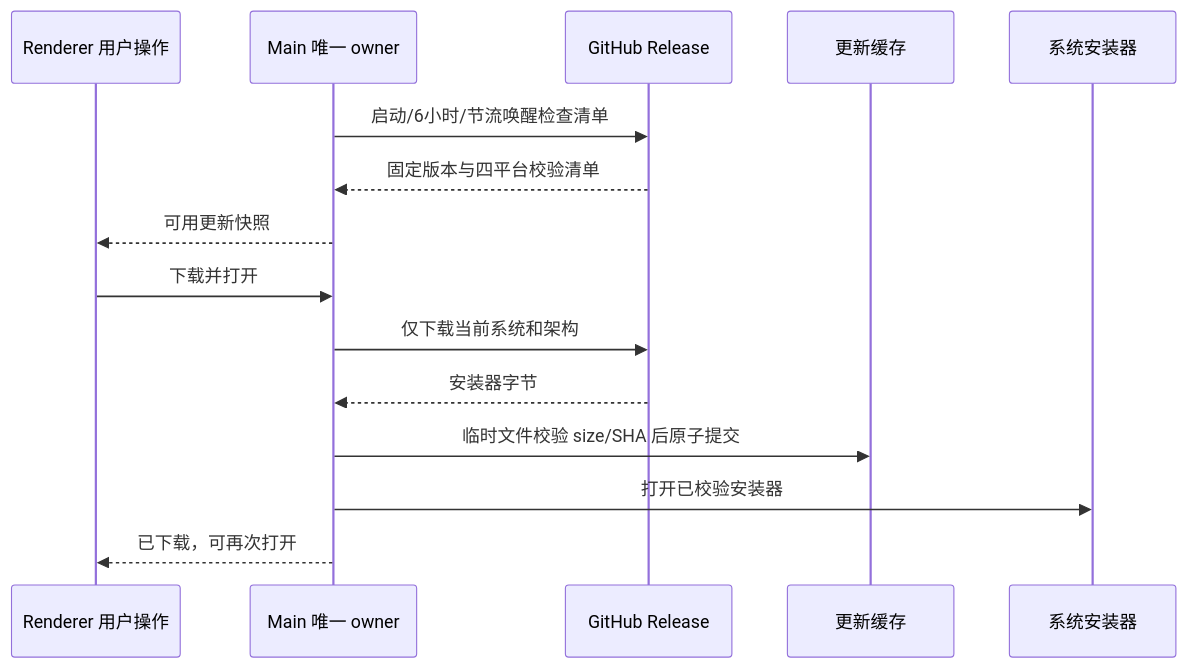
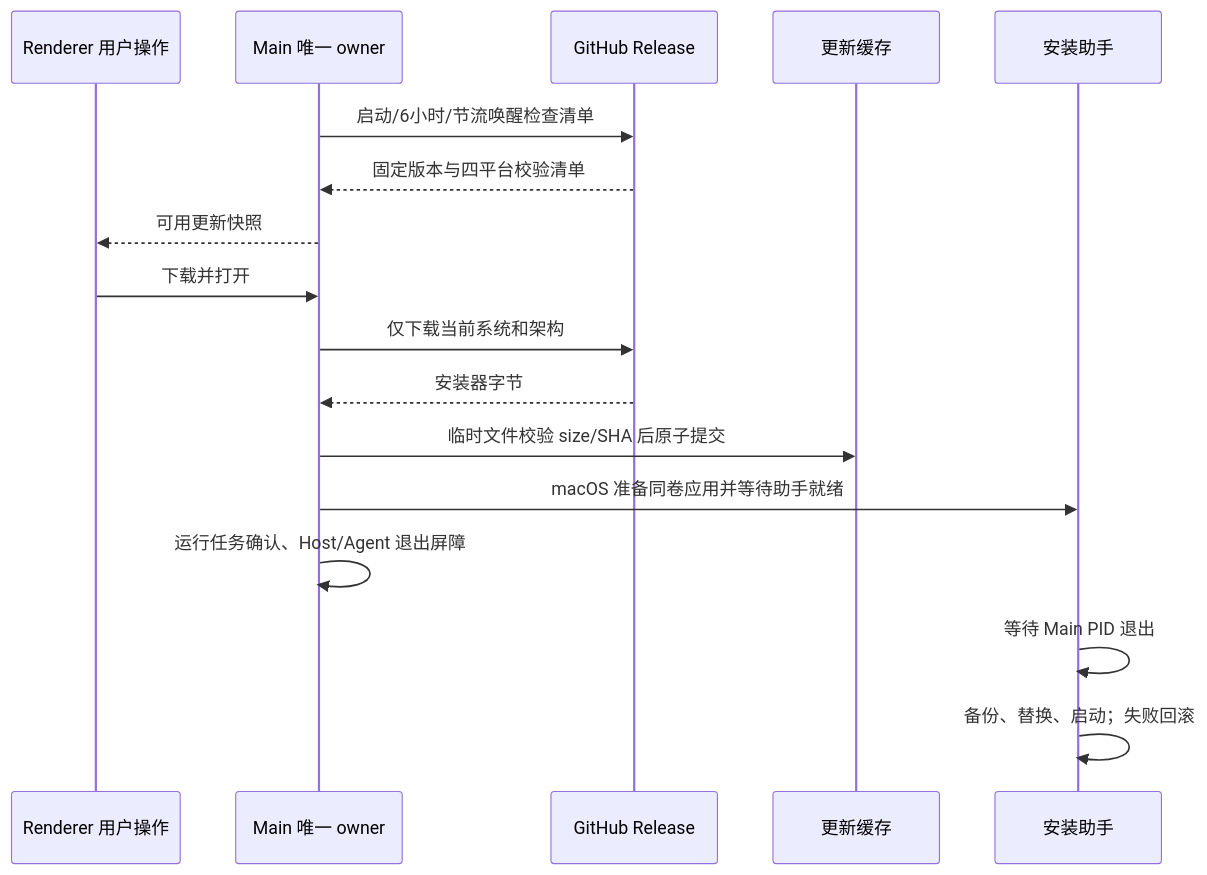
Before and after one commit to OpenX123/ZCode: the diagram in docs/desktop/github-desktop-update-spec.md, drawn with Mermaid. The commit also changed other lines of this file and 14 other files, not shown here.

Commit message:
fix(desktop): 自动退出并安装 macOS 更新，失败回滚

````diff
--- a/docs/desktop/github-desktop-update-spec.md
+++ b/docs/desktop/github-desktop-update-spec.md
@@ -27,17 +29,19 @@
 ```mermaid
 sequenceDiagram
     participant U as Renderer 用户操作
     participant M as Main 唯一 owner
     participant G as GitHub Release
     participant F as 更新缓存
-    participant S as 系统安装器
+    participant S as 安装助手
     M->>G: 启动/6小时/节流唤醒检查清单
     G-->>M: 固定版本与四平台校验清单
     M-->>U: 可用更新快照
     U->>M: 下载并打开
     M->>G: 仅下载当前系统和架构
     G-->>M: 安装器字节
     M->>F: 临时文件校验 size/SHA 后原子提交
-    M->>S: 打开已校验安装器
-    M-->>U: 已下载，可再次打开
+    M->>S: macOS 准备同卷应用并等待助手就绪
+    M->>M: 运行任务确认、Host/Agent 退出屏障
+    S->>S: 等待 Main PID 退出
+    S->>S: 备份、替换、启动；失败回滚
 ```
````
